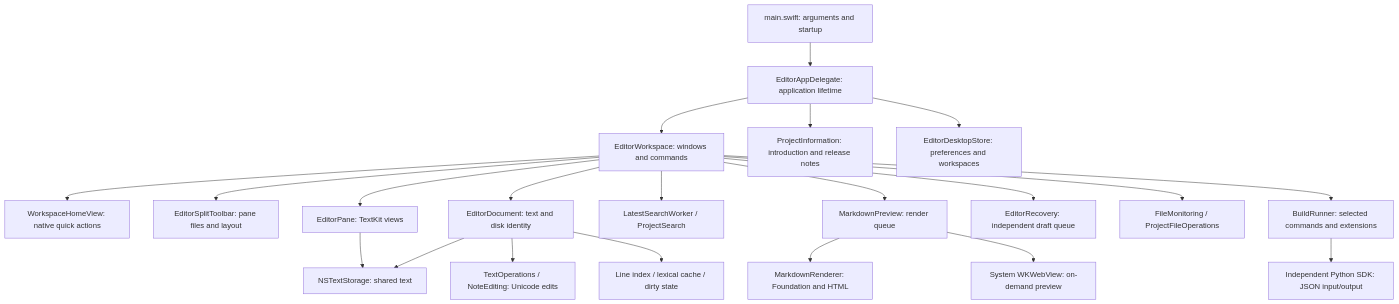
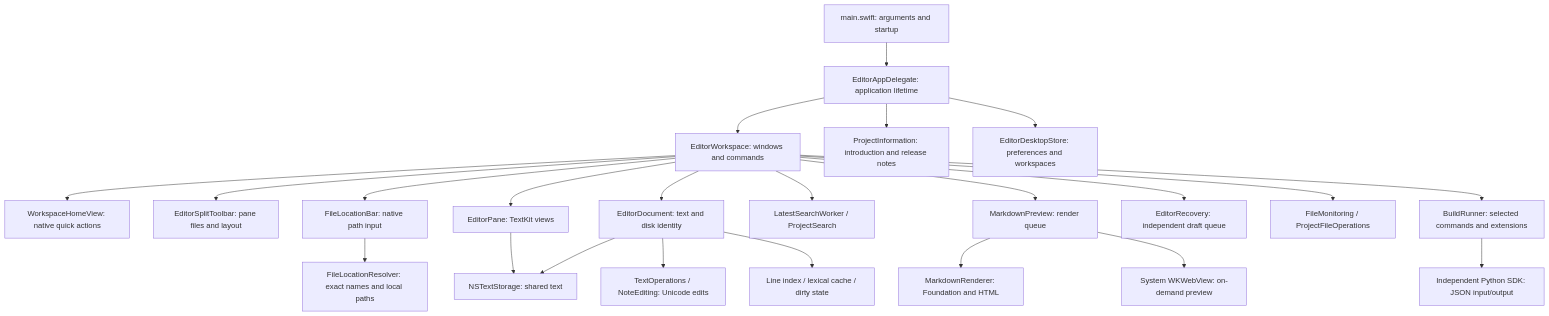
One commit to ziqi-wlb/OpenSourceEditor changed the diagram in docs/architecture.md. Above: the diagram before and after it, drawn with Mermaid. The commit also changed other lines of this file and 21 other files, not shown here.

Commit message:
feat(editor): open files from an editable location bar

````diff
--- a/docs/architecture.md
+++ b/docs/architecture.md
@@ -9,23 +11,25 @@
 ```mermaid
 flowchart TB
     entry[main.swift: arguments and startup] --> app[EditorAppDelegate: application lifetime]
     app --> workspace[EditorWorkspace: windows and commands]
     app --> information[ProjectInformation: introduction and release notes]
     workspace --> home[WorkspaceHomeView: native quick actions]
     workspace --> splits[EditorSplitToolbar: pane files and layout]
+    workspace --> location[FileLocationBar: native path input]
+    location --> resolver[FileLocationResolver: exact names and local paths]
     workspace --> doc[EditorDocument: text and disk identity]
     workspace --> panes[EditorPane: TextKit views]
     panes --> storage[NSTextStorage: shared text]
     doc --> storage
     doc --> operations[TextOperations / NoteEditing: Unicode edits]
     doc --> indexes[Line index / lexical cache / dirty state]
     workspace --> search[LatestSearchWorker / ProjectSearch]
     workspace --> preview[MarkdownPreview: render queue]
     preview --> renderer[MarkdownRenderer: Foundation and HTML]
     preview --> web[System WKWebView: on-demand preview]
     workspace --> recovery[EditorRecovery: independent draft queue]
     app --> desktop[EditorDesktopStore: preferences and workspaces]
     workspace --> files[FileMonitoring / ProjectFileOperations]
     workspace --> services[BuildRunner: selected commands and extensions]
     services --> python[Independent Python SDK: JSON input/output]
 ```
````
